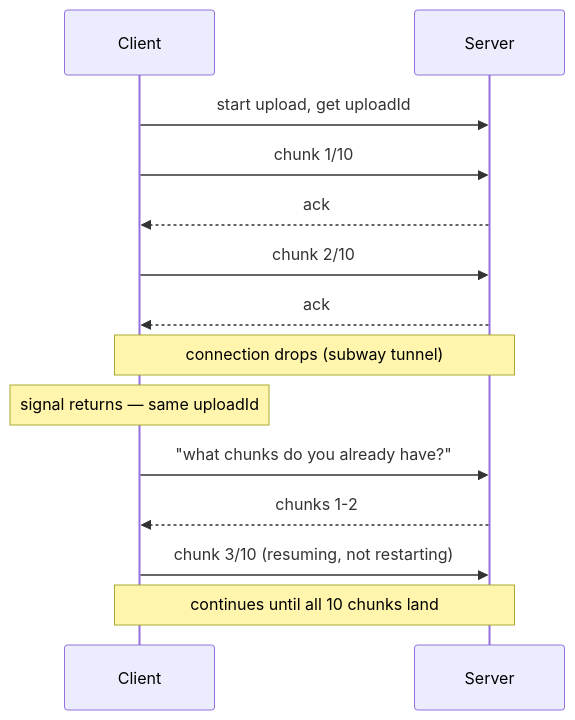
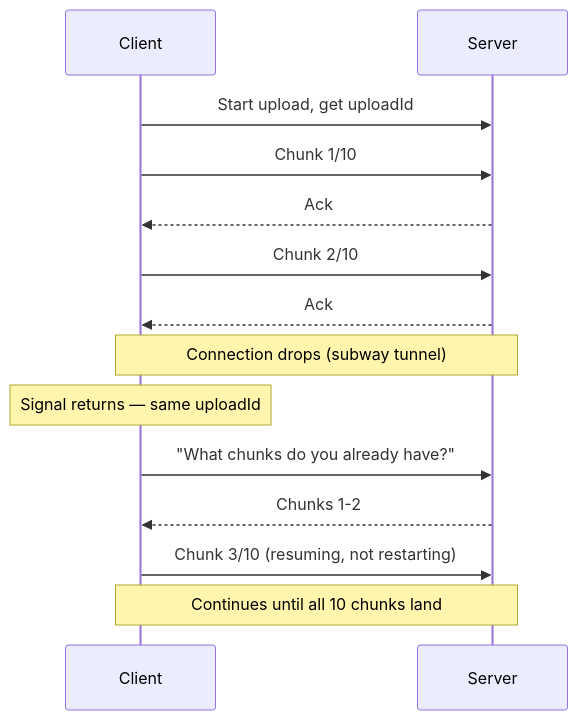
Before and after one commit to riyaz-pasha/Learnings: the ninth of 12 diagrams in system-design/HLD/0-course/58-Design-Google-Photos-FAANG-Guide-story.md, drawn with Mermaid. The commit also changed other lines of this file and 1 other file, not shown here.

Commit message:
[REWRITE] Google Photos story guide: simplify prose, add structure, fix diagrams

````diff
--- a/system-design/HLD/0-course/58-Design-Google-Photos-FAANG-Guide-story.md
+++ b/system-design/HLD/0-course/58-Design-Google-Photos-FAANG-Guide-story.md
@@ -410,17 +587,17 @@
 ```mermaid
 sequenceDiagram
     participant Client
     participant Server
 
-    Client->>Server: start upload, get uploadId
-    Client->>Server: chunk 1/10
-    Server-->>Client: ack
-    Client->>Server: chunk 2/10
-    Server-->>Client: ack
-    Note over Client,Server: connection drops (subway tunnel)
-    Note over Client: signal returns — same uploadId
-    Client->>Server: "what chunks do you already have?"
-    Server-->>Client: chunks 1-2
-    Client->>Server: chunk 3/10 (resuming, not restarting)
-    Note over Client,Server: continues until all 10 chunks land
+    Client->>Server: Start upload, get uploadId
+    Client->>Server: Chunk 1/10
+    Server-->>Client: Ack
+    Client->>Server: Chunk 2/10
+    Server-->>Client: Ack
+    Note over Client,Server: Connection drops (subway tunnel)
+    Note over Client: Signal returns — same uploadId
+    Client->>Server: "What chunks do you already have?"
+    Server-->>Client: Chunks 1-2
+    Client->>Server: Chunk 3/10 (resuming, not restarting)
+    Note over Client,Server: Continues until all 10 chunks land
 ```
````
